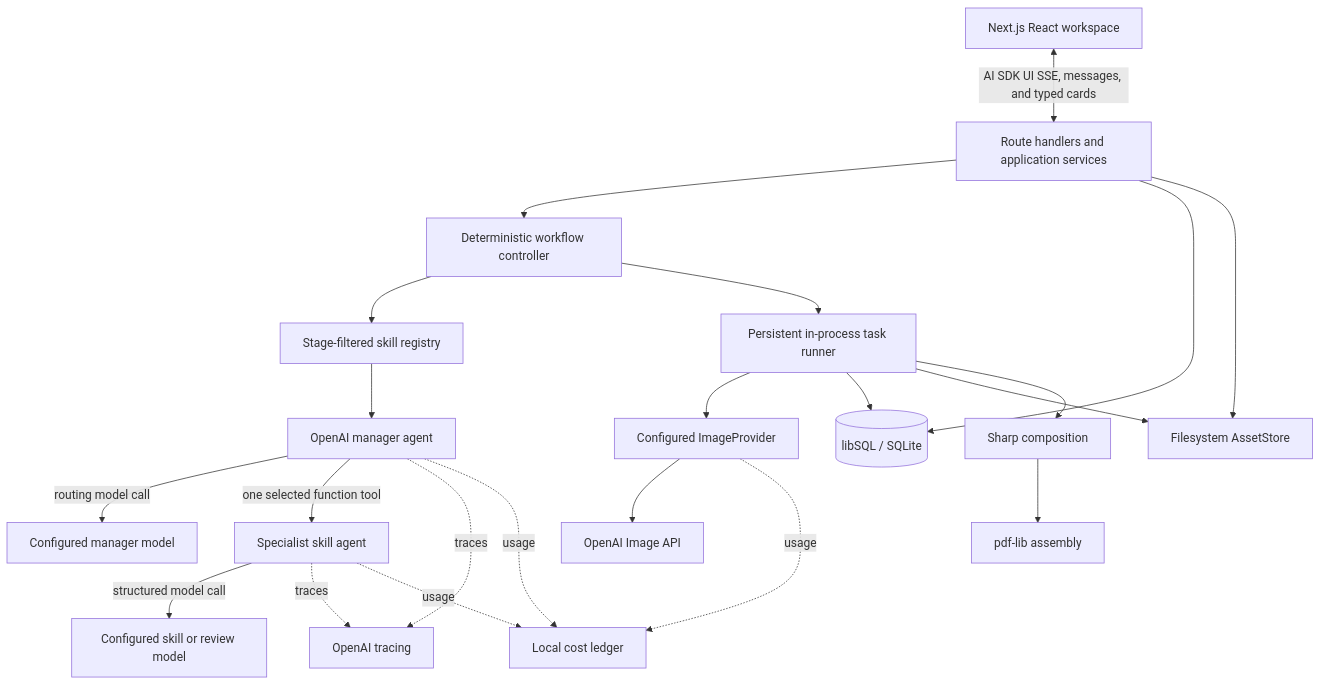
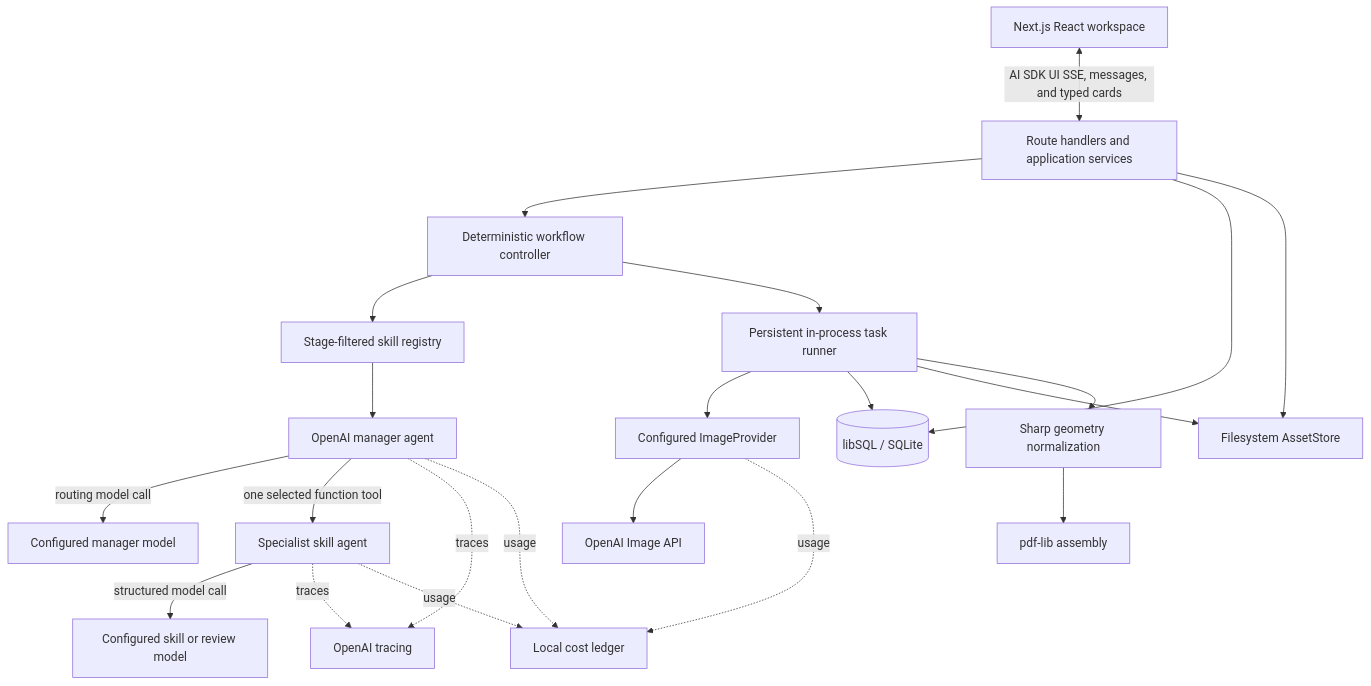
Before and after one commit to karpishe-experiments/agentic-poc: the third of 3 diagrams in docs/accepted/2026-08-01_end-to-end-poc/kids-comic-poc-prd.md, drawn with Mermaid. The commit also changed other lines of this file and 34 other files, not shown here.

````diff
--- a/docs/accepted/2026-08-01_end-to-end-poc/kids-comic-poc-prd.md
+++ b/docs/accepted/2026-08-01_end-to-end-poc/kids-comic-poc-prd.md
@@ -522,24 +525,24 @@
 ```mermaid
 flowchart TB
     UI[Next.js React workspace] <-->|AI SDK UI SSE, messages, and typed cards| API[Route handlers and application services]
     API --> WF[Deterministic workflow controller]
     WF --> REG[Stage-filtered skill registry]
     REG --> MGR[OpenAI manager agent]
     MGR -->|routing model call| MTXT[Configured manager model]
     MGR -->|one selected function tool| SK[Specialist skill agent]
     SK -->|structured model call| STXT[Configured skill or review model]
     WF --> RUN[Persistent in-process task runner]
     RUN --> IP[Configured ImageProvider]
     IP --> OAI[OpenAI Image API]
     RUN --> DB[(libSQL / SQLite)]
     RUN --> FS[Filesystem AssetStore]
-    RUN --> CMP[Sharp composition]
+    RUN --> CMP[Sharp geometry normalization]
     CMP --> PDF[pdf-lib assembly]
     API --> DB
     API --> FS
     MGR -. traces .-> TR[OpenAI tracing]
     SK -. traces .-> TR
     MGR -. usage .-> LED[Local cost ledger]
     SK -. usage .-> LED
     IP -. usage .-> LED
 ```
````
